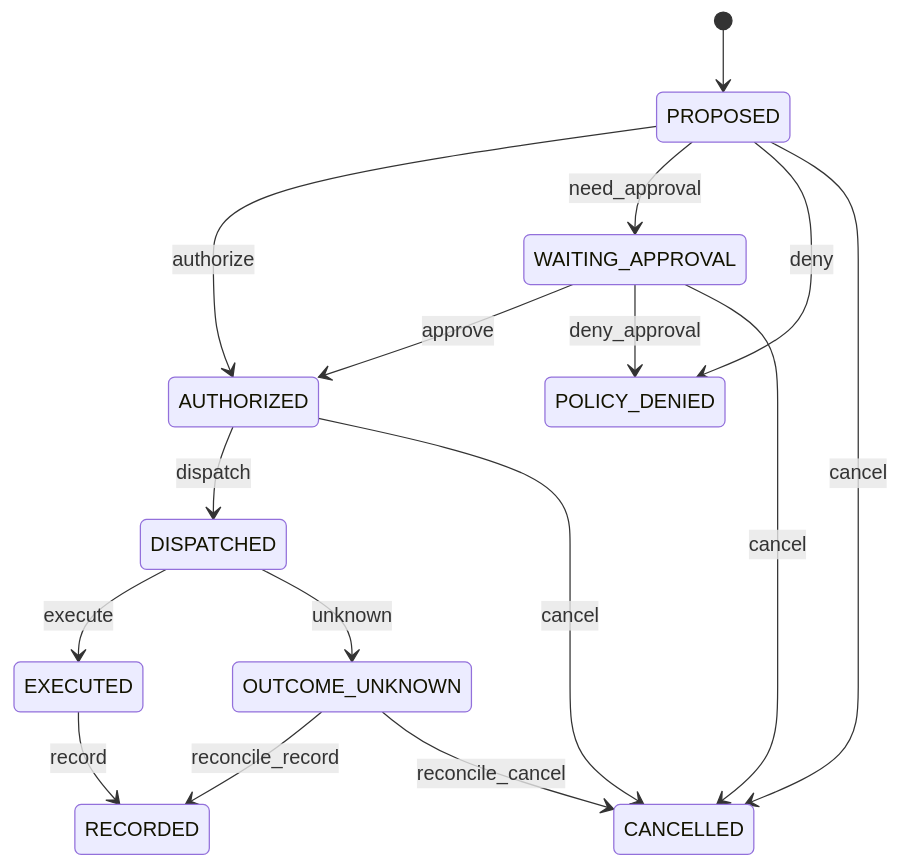
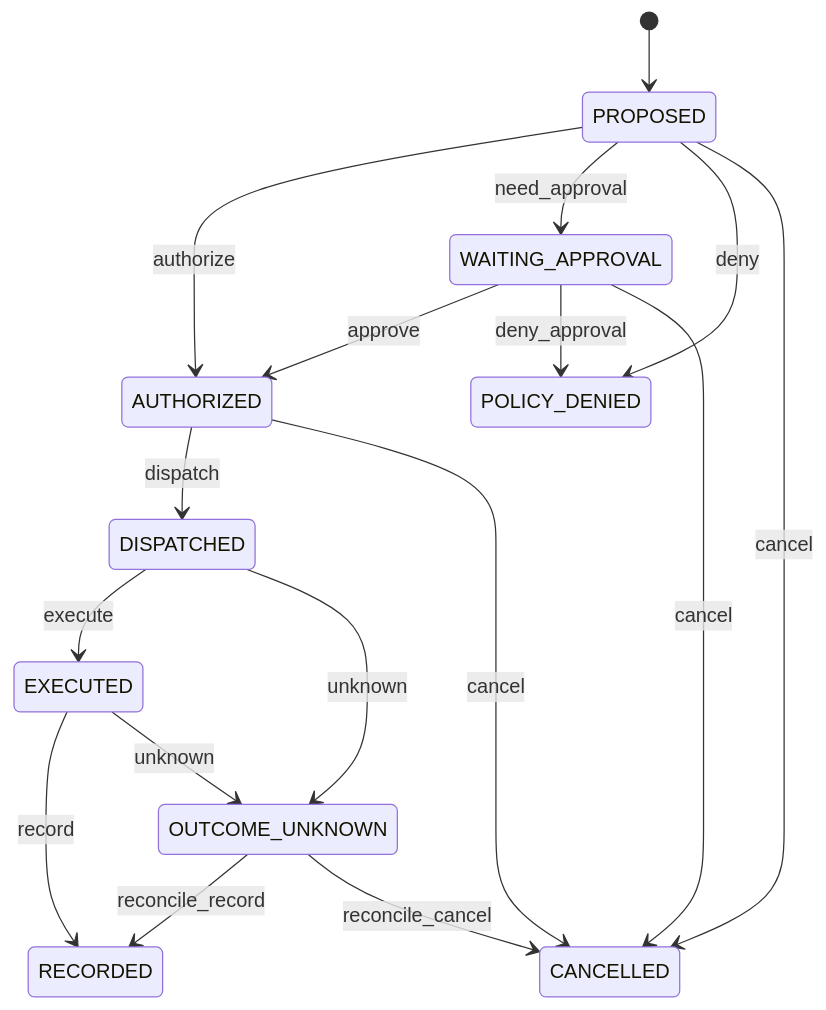
One commit to xiaofan1235/snag changed the diagram in internal/execution/action_states.md. Above: the diagram before and after it, drawn with Mermaid. The commit also changed other lines of this file and 5 other files, not shown here.

First line of the commit message:
feat(execution): Day 21 Receipt + 对账 + OUTCOME_UNKNOWN 闭环（M2 收口）

````diff
--- a/internal/execution/action_states.md
+++ b/internal/execution/action_states.md
@@ -9,18 +9,19 @@
 ```mermaid
 stateDiagram-v2
     [*] --> PROPOSED
     PROPOSED --> AUTHORIZED: authorize
     PROPOSED --> WAITING_APPROVAL: need_approval
     PROPOSED --> POLICY_DENIED: deny
     WAITING_APPROVAL --> AUTHORIZED: approve
     WAITING_APPROVAL --> POLICY_DENIED: deny_approval
     AUTHORIZED --> DISPATCHED: dispatch
     DISPATCHED --> EXECUTED: execute
     EXECUTED --> RECORDED: record
     DISPATCHED --> OUTCOME_UNKNOWN: unknown
+    EXECUTED --> OUTCOME_UNKNOWN: unknown
     OUTCOME_UNKNOWN --> RECORDED: reconcile_record
     OUTCOME_UNKNOWN --> CANCELLED: reconcile_cancel
     PROPOSED --> CANCELLED: cancel
     WAITING_APPROVAL --> CANCELLED: cancel
     AUTHORIZED --> CANCELLED: cancel
 ```
````
